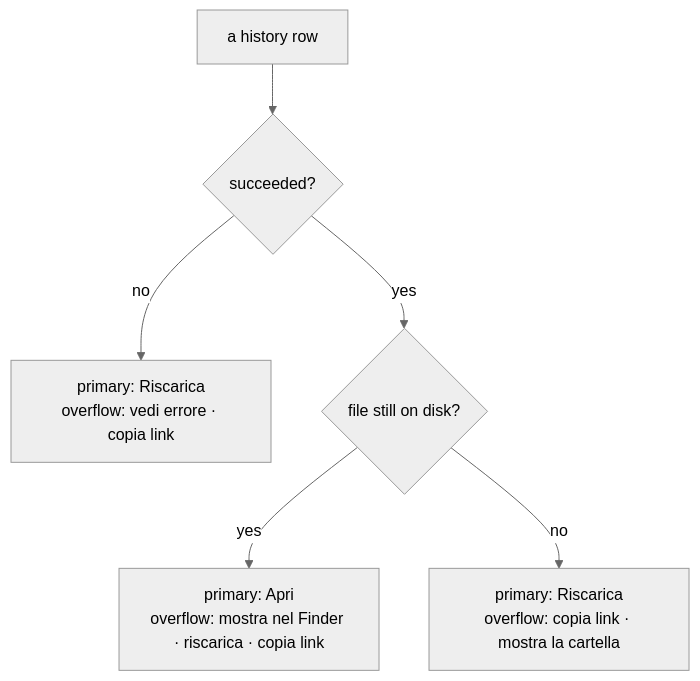
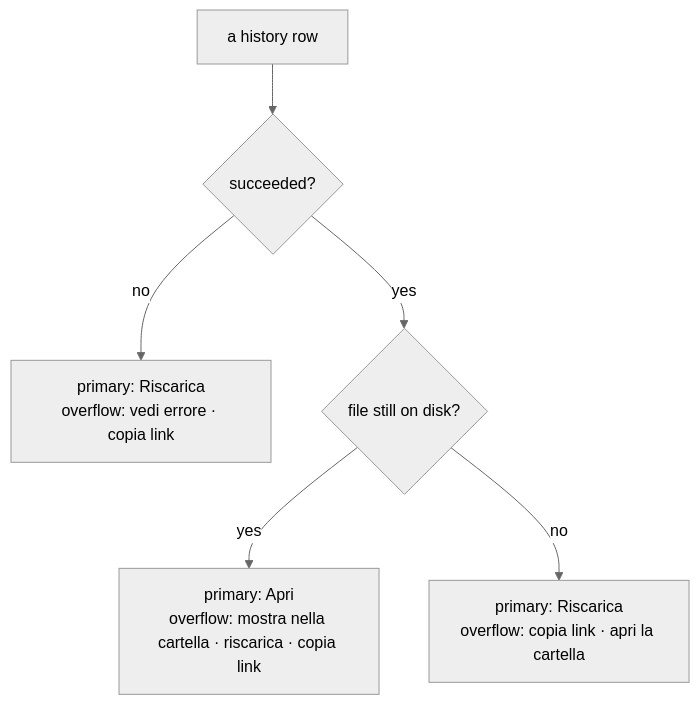
Before and after one commit to alergyonthestage/ytdl: the first of 2 diagrams in docs/ux-principles.md, drawn with Mermaid (neutral theme). The commit also changed other lines of this file and 3 other files, not shown here.

````diff
--- a/docs/ux-principles.md
+++ b/docs/ux-principles.md
@@ -85,8 +100,8 @@
 ```mermaid
 flowchart TD
   R["a history row"] --> S{"succeeded?"}
   S -->|no| RD["primary: Riscarica<br/>overflow: vedi errore · copia link"]
   S -->|yes| P{"file still on disk?"}
-  P -->|yes| OP["primary: Apri<br/>overflow: mostra nel Finder · riscarica · copia link"]
-  P -->|no| RD2["primary: Riscarica<br/>overflow: copia link · mostra la cartella"]
+  P -->|yes| OP["primary: Apri<br/>overflow: mostra nella cartella · riscarica · copia link"]
+  P -->|no| RD2["primary: Riscarica<br/>overflow: copia link · apri la cartella"]
 ```
````
